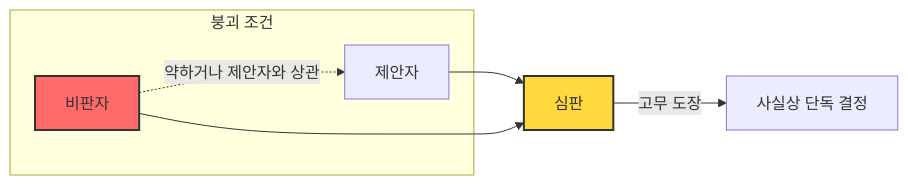
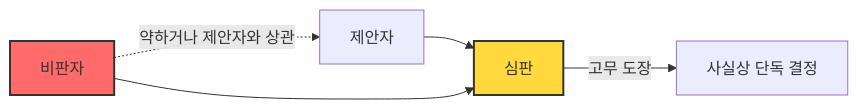
Before and after one commit to pheeree/pheeree.github.io: the first of 3 diagrams in _posts/2026-04-25-governance-failure-modes.md, drawn with Mermaid. The commit also changed other lines of this file and 10 other files, not shown here.

````diff
--- a/_posts/2026-04-25-governance-failure-modes.md
+++ b/_posts/2026-04-25-governance-failure-modes.md
@@ -26,16 +26,12 @@
 ```mermaid
 flowchart LR
-  P[제안자] --> J[심판]
-  C[비판자] --> J
-
-  subgraph "붕괴 조건"
-    C -.약하거나 제안자와 상관.-> P
-  end
-
-  J -->|고무 도장| Out[사실상 단독 결정]
+  P["제안자"] --> J["심판"]
+  C["비판자"] --> J
+  C -. "약하거나 제안자와 상관" .-> P
+  J -- "고무 도장" --> Out["사실상 단독 결정"]
 
   classDef danger fill:#ff6b6b,stroke:#333,stroke-width:2px
   classDef judge fill:#ffd93d,stroke:#333,stroke-width:2px
   class C danger
   class J judge
 ```
````
